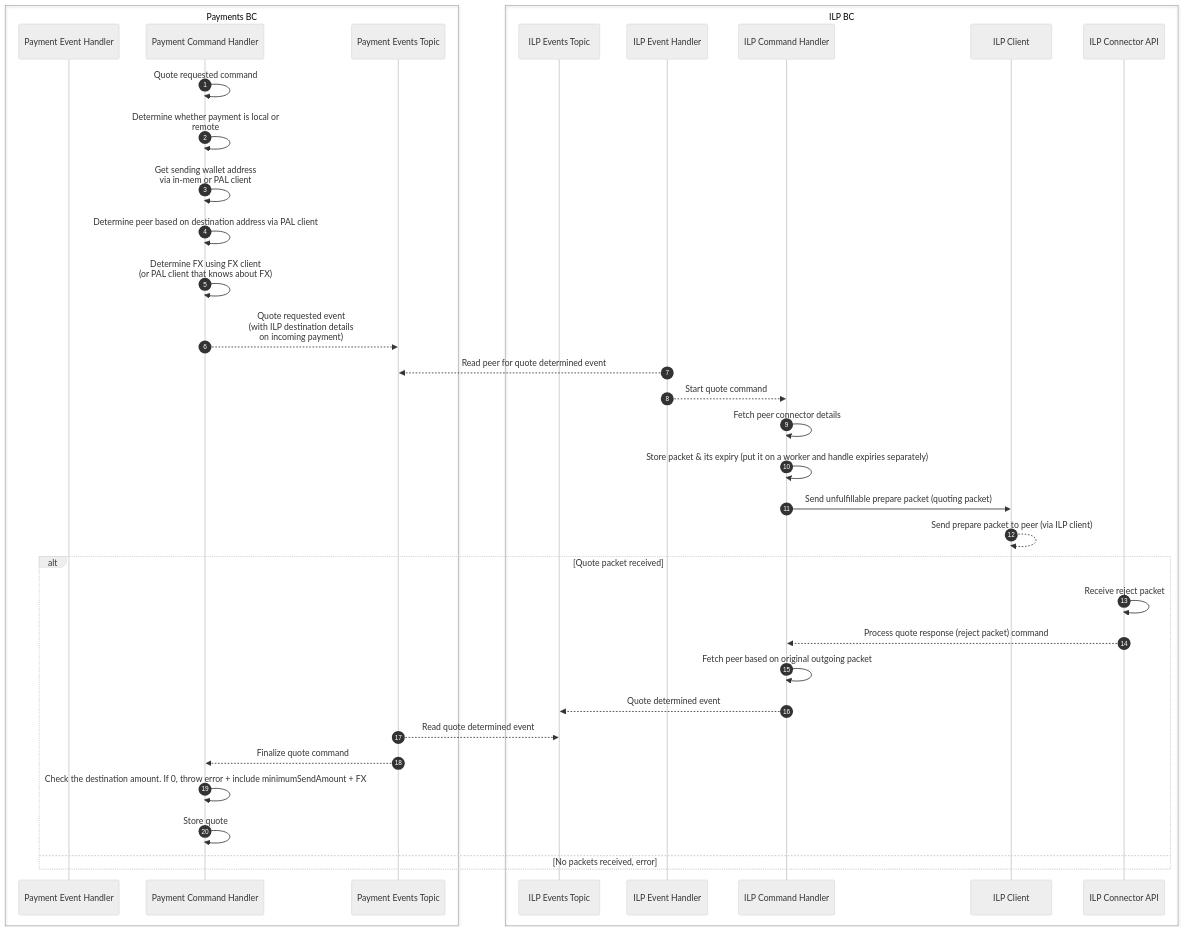
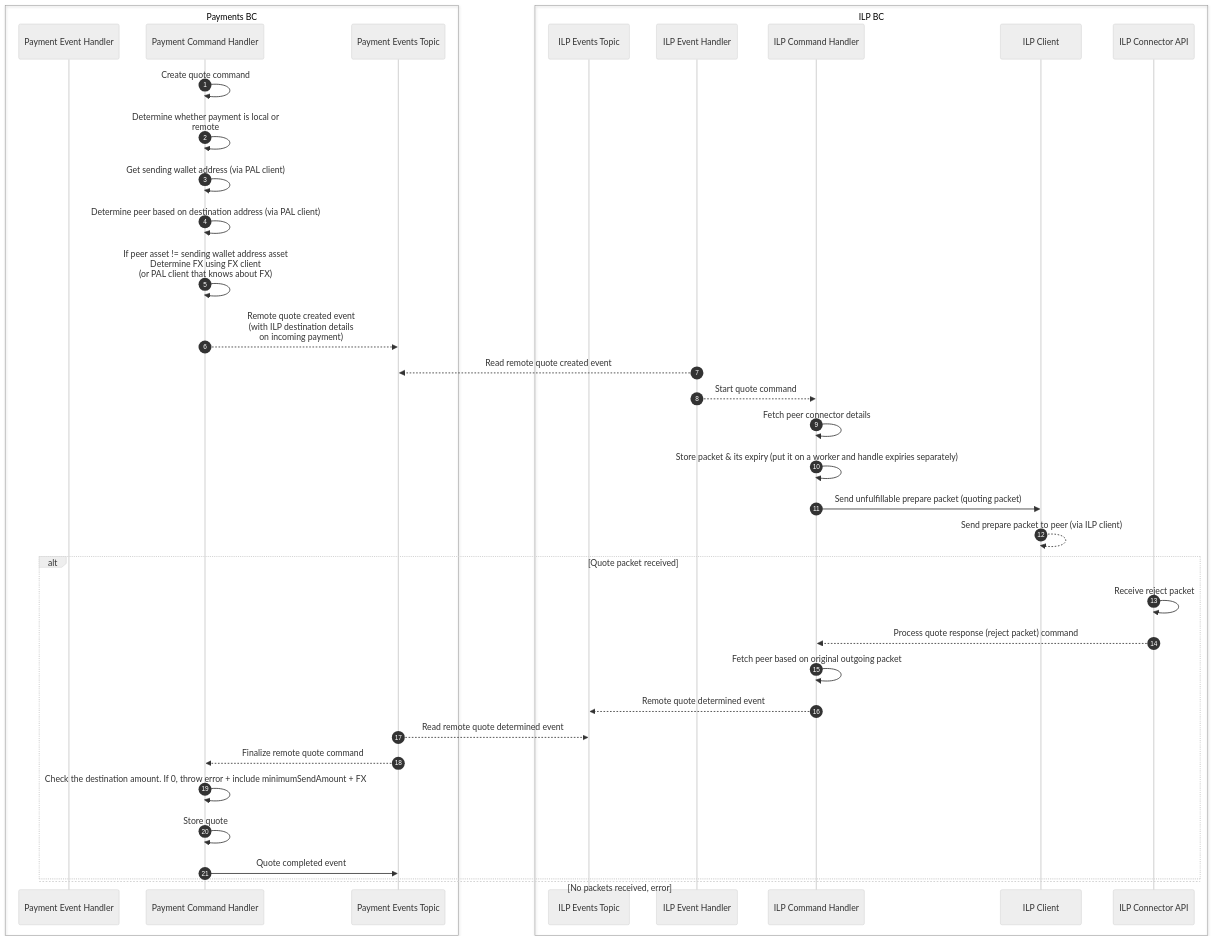
One commit to JayPokale/rhyza changed the diagram in internal-docs/sequence-diagrams/ILP/Remote Quote - Sending.md. Above: the diagram before and after it, drawn with Mermaid (neutral theme). The commit also changed 25 other files, not shown here.

````diff
--- a/internal-docs/sequence-diagrams/ILP/Remote Quote - Sending.md
+++ b/internal-docs/sequence-diagrams/ILP/Remote Quote - Sending.md
@@ -3,48 +3,49 @@
 ```mermaid
 sequenceDiagram
 	autonumber
 
     box Payments BC
 
 	participant PEH as Payment Event Handler
     participant PCH as Payment Command Handler
     participant PET as Payment Events Topic
     end
 
     box ILP BC
     participant ILPET as ILP Events Topic
     participant ILPEH as ILP Event Handler
 	participant ILP as ILP Command Handler
     participant ILPC as ILP Client
     participant ILPAPI as ILP Connector API
     end
 
 
-    PCH ->> PCH: Quote requested command
+    PCH ->> PCH: Create quote command
 	PCH ->> PCH: Determine whether payment is local or <br> remote
-    PCH ->> PCH: Get sending wallet address <br> via in-mem or PAL client
-    PCH ->> PCH: Determine peer based on destination address via PAL client
-    PCH ->> PCH: Determine FX using FX client <br> (or PAL client that knows about FX)
-    PCH -->> PET: Quote requested event <br> (with ILP destination details <br> on incoming payment)
+    PCH ->> PCH: Get sending wallet address (via PAL client)
+    PCH ->> PCH: Determine peer based on destination address (via PAL client)
+    PCH ->> PCH: If peer asset != sending wallet address asset <br> Determine FX using FX client <br> (or PAL client that knows about FX)
+    PCH -->> PET: Remote quote created event <br> (with ILP destination details <br> on incoming payment)
 
-    ILPEH -->> PET: Read peer for quote determined event
+    ILPEH -->> PET: Read remote quote created event
     ILPEH -->> ILP: Start quote command
     ILP ->> ILP: Fetch peer connector details
     ILP ->> ILP: Store packet & its expiry (put it on a worker and handle expiries separately)
 
     ILP ->> ILPC: Send unfulfillable prepare packet (quoting packet)
     ILPC -->> ILPC: Send prepare packet to peer (via ILP client)
 
     alt Quote packet received
     ILPAPI ->> ILPAPI: Receive reject packet
     ILPAPI -->> ILP: Process quote response (reject packet) command
     ILP ->> ILP: Fetch peer based on original outgoing packet
-    ILP -->> ILPET: Quote determined event
-    PET -->> ILPET : Read quote determined event
-    PET -->> PCH: Finalize quote command
+    ILP -->> ILPET: Remote quote determined event
+    PET -->> ILPET : Read remote quote determined event
+    PET -->> PCH: Finalize remote quote command
     PCH ->> PCH: Check the destination amount. If 0, throw error + include minimumSendAmount + FX
     PCH ->> PCH: Store quote
+    PCH ->> PET: Quote completed event
 
     else No packets received, error
     end
 ```
````
